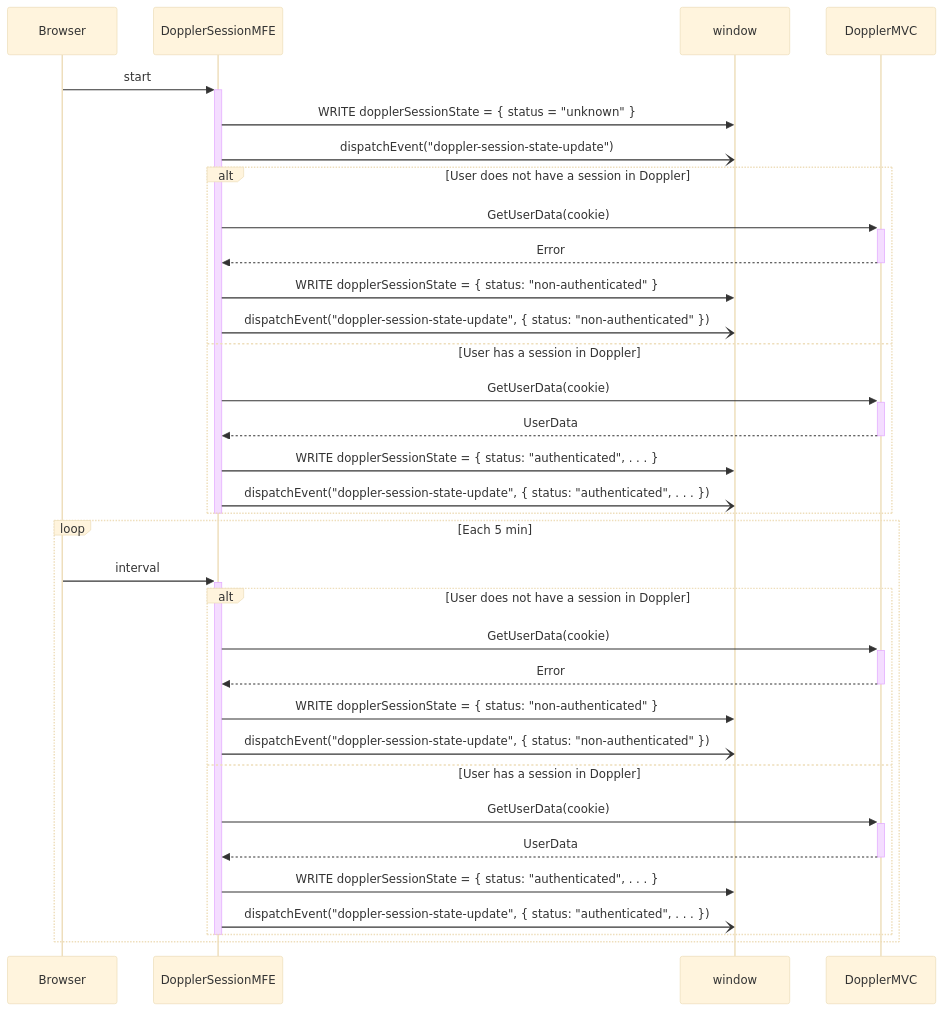
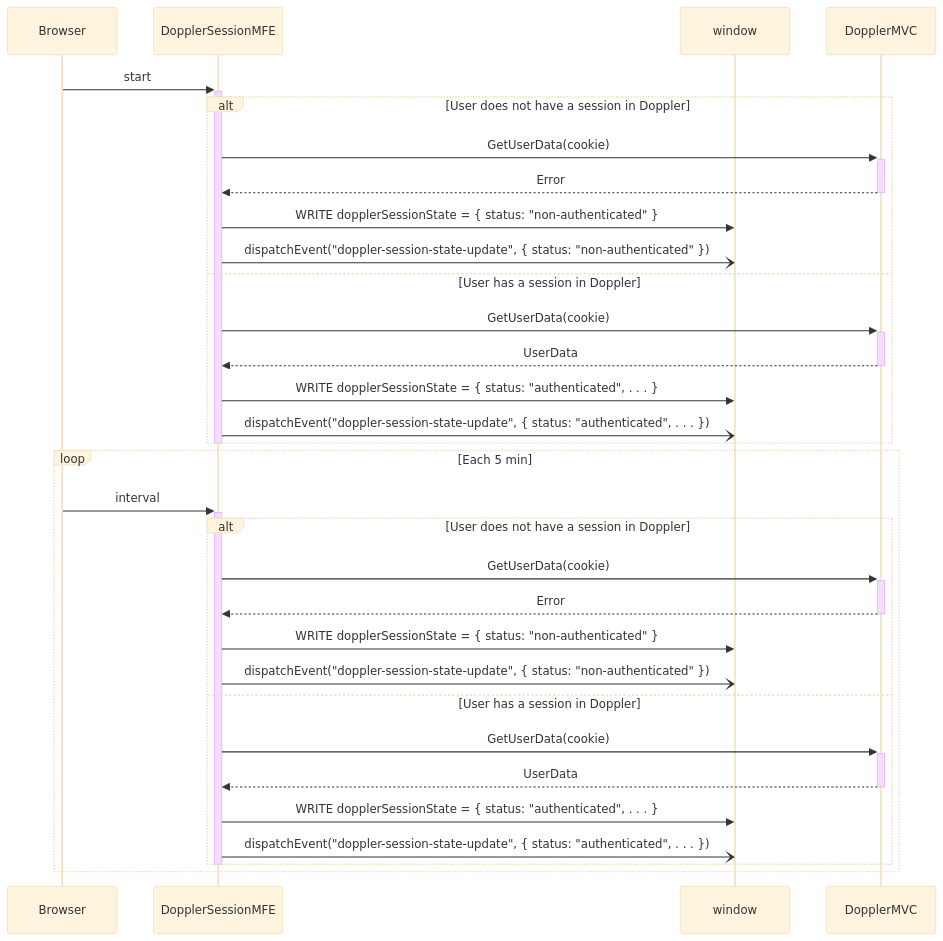
One commit to FromDoppler/doppler-session-mfe changed the first of 2 diagrams in README.md. Above: the diagram before and after it, drawn with Mermaid (base theme). The commit also changed other lines of this file and 3 other files, not shown here.

Commit message:
fix: do not set unknown state during starting of session state monitor

````diff
--- a/README.md
+++ b/README.md
@@ -7,39 +7,37 @@
 ```mermaid
 sequenceDiagram
   participant Browser
   participant DopplerSessionMFE
   participant window
   participant DopplerMVC
 
   Browser->>+DopplerSessionMFE: start
-  DopplerSessionMFE->>window: WRITE dopplerSessionState = { status = "unknown" }
-  DopplerSessionMFE-)window:dispatchEvent("doppler-session-state-update")
   alt User does not have a session in Doppler
     DopplerSessionMFE->>+DopplerMVC: GetUserData(cookie)
     DopplerMVC-->>-DopplerSessionMFE: Error
     DopplerSessionMFE->>window: WRITE dopplerSessionState = { status: "non-authenticated" }
     DopplerSessionMFE-)window: dispatchEvent("doppler-session-state-update", { status: "non-authenticated" })
   else User has a session in Doppler
     DopplerSessionMFE->>+DopplerMVC: GetUserData(cookie)
     DopplerMVC-->>-DopplerSessionMFE: UserData
     DopplerSessionMFE->>window: WRITE dopplerSessionState = { status: "authenticated", . . . }
     DopplerSessionMFE-)window: dispatchEvent("doppler-session-state-update", { status: "authenticated", . . . })
   end
   deactivate DopplerSessionMFE
 
   loop Each 5 min
   Browser->>+DopplerSessionMFE: interval
   alt User does not have a session in Doppler
     DopplerSessionMFE->>+DopplerMVC: GetUserData(cookie)
     DopplerMVC-->>-DopplerSessionMFE: Error
     DopplerSessionMFE->>window: WRITE dopplerSessionState = { status: "non-authenticated" }
     DopplerSessionMFE-)window: dispatchEvent("doppler-session-state-update", { status: "non-authenticated" })
   else User has a session in Doppler
     DopplerSessionMFE->>+DopplerMVC: GetUserData(cookie)
     DopplerMVC-->>-DopplerSessionMFE: UserData
     DopplerSessionMFE->>window: WRITE dopplerSessionState = { status: "authenticated", . . . }
     DopplerSessionMFE-)window: dispatchEvent("doppler-session-state-update", { status: "authenticated", . . . })
   end
   deactivate DopplerSessionMFE
   end
 ```
````
